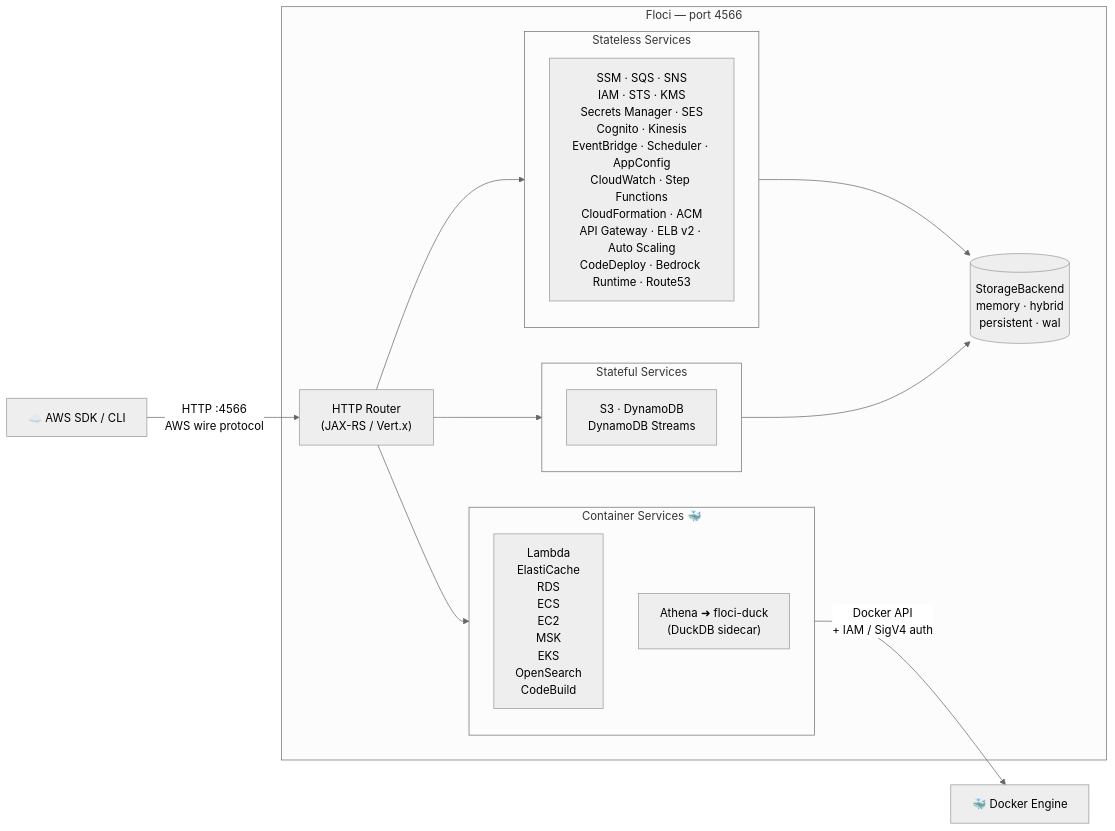
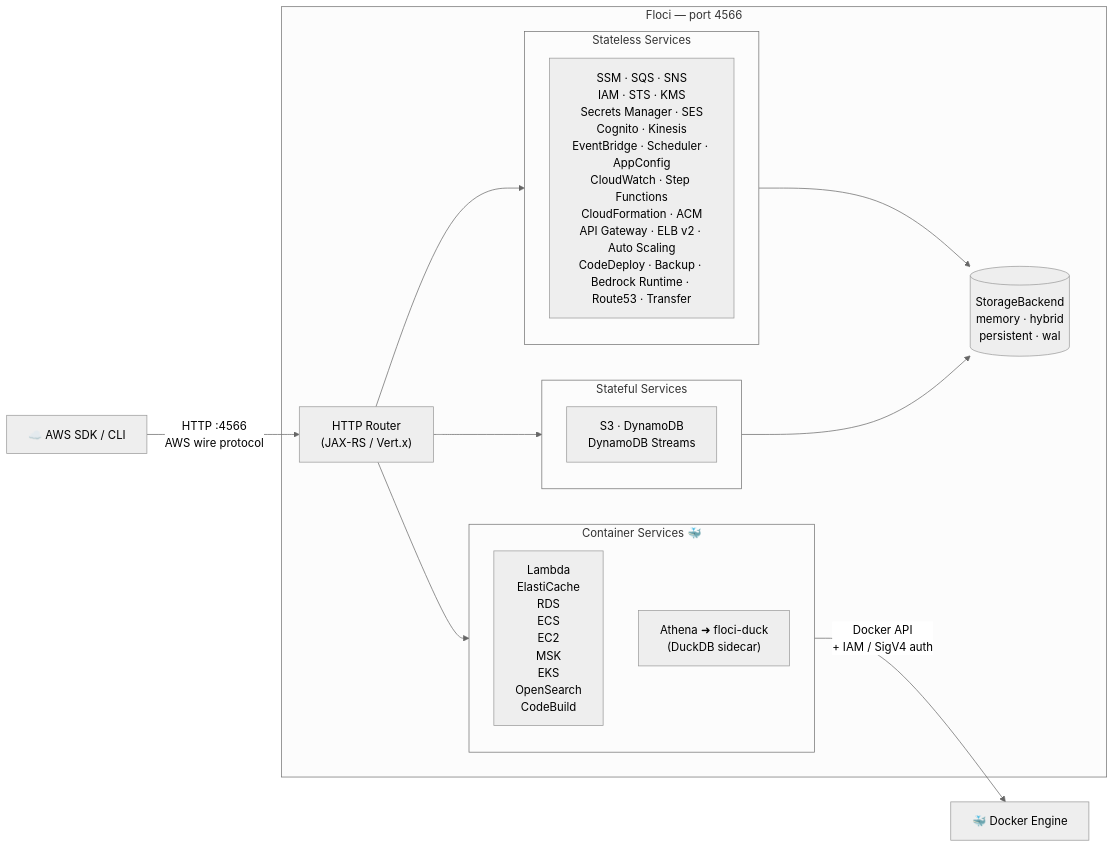
One commit to ryan00x/aws-terraform-ci-validation changed the diagram in README.md. Above: the diagram before and after it, drawn with Mermaid (neutral theme). The commit also changed other lines of this file and 23 other files, not shown here.

Commit message:
feat(backup): AWS Backup management-plane API (#734)

````diff
--- a/README.md
+++ b/README.md
@@ -111,30 +111,30 @@
 ```mermaid
 flowchart LR
     Client["☁️ AWS SDK / CLI"]
 
     subgraph Floci ["Floci — port 4566"]
         Router["HTTP Router\n(JAX-RS / Vert.x)"]
 
         subgraph Stateless ["Stateless Services"]
-            A["SSM · SQS · SNS\nIAM · STS · KMS\nSecrets Manager · SES\nCognito · Kinesis\nEventBridge · Scheduler · AppConfig\nCloudWatch · Step Functions\nCloudFormation · ACM\nAPI Gateway · ELB v2 · Auto Scaling\nCodeDeploy · Bedrock Runtime · Route53"]
+            A["SSM · SQS · SNS\nIAM · STS · KMS\nSecrets Manager · SES\nCognito · Kinesis\nEventBridge · Scheduler · AppConfig\nCloudWatch · Step Functions\nCloudFormation · ACM\nAPI Gateway · ELB v2 · Auto Scaling\nCodeDeploy · Backup · Bedrock Runtime · Route53 · Transfer"]
         end
 
         subgraph Stateful ["Stateful Services"]
             B["S3 · DynamoDB\nDynamoDB Streams"]
         end
 
         subgraph Containers ["Container Services  🐳"]
             C["Lambda\nElastiCache\nRDS\nECS\nEC2\nMSK\nEKS\nOpenSearch\nCodeBuild"]
             D["Athena ➜ floci-duck\n(DuckDB sidecar)"]
         end
 
         Router --> Stateless
         Router --> Stateful
         Router --> Containers
         Stateless & Stateful --> Store[("StorageBackend\nmemory · hybrid\npersistent · wal")]
     end
 
     Docker["🐳 Docker Engine"]
     Client -->|"HTTP :4566\nAWS wire protocol"| Router
     Containers -->|"Docker API\n+ IAM / SigV4 auth"| Docker
 ```
````
